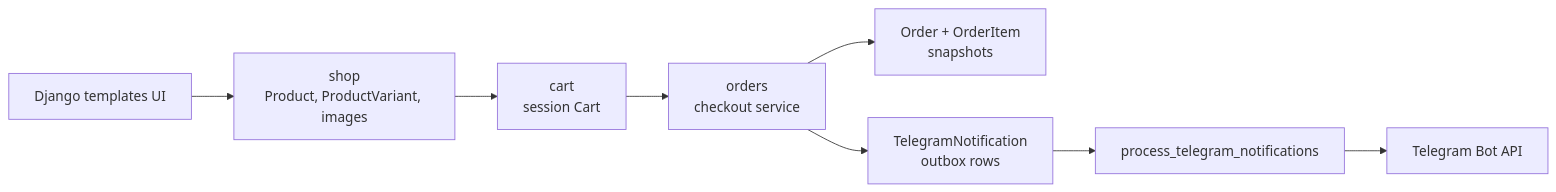
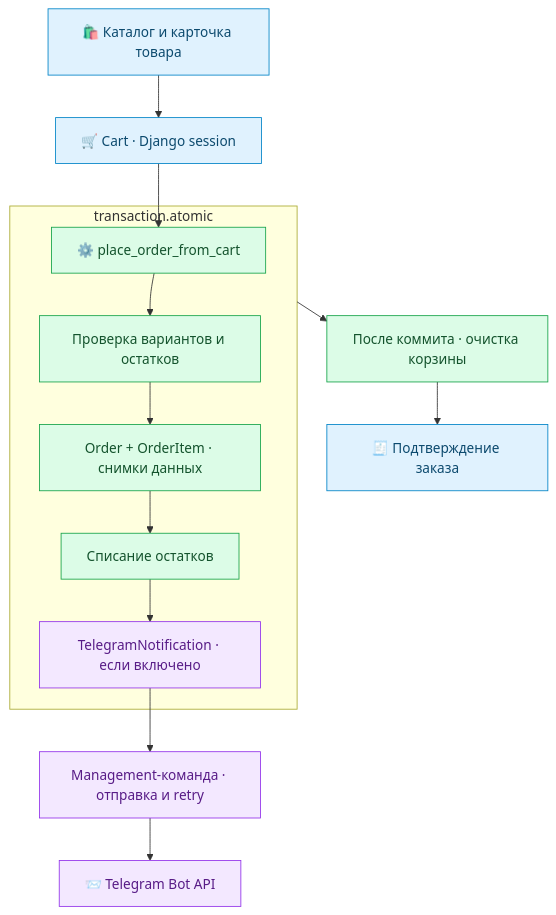
One commit to FrankHeels/carter changed the diagram in README.md. Above: the diagram before and after it, drawn with Mermaid. The commit also changed other lines of this file, not shown here.

````diff
--- a/README.md
+++ b/README.md
@@ -42,10 +113,24 @@
 ```mermaid
-flowchart LR
-    UI["Django templates UI"] --> Shop["shop\nProduct, ProductVariant, images"]
-    Shop --> Cart["cart\nsession Cart"]
-    Cart --> Checkout["orders\ncheckout service"]
-    Checkout --> Order["Order + OrderItem\nsnapshots"]
-    Checkout --> Outbox["TelegramNotification\noutbox rows"]
-    Outbox --> Command["process_telegram_notifications"]
-    Command --> Telegram["Telegram Bot API"]
+flowchart TD
+    UI["🛍️ Каталог и карточка товара"] --> Cart["🛒 Cart · Django session"]
+    Cart --> Checkout["⚙️ place_order_from_cart"]
+
+    subgraph TX["transaction.atomic"]
+        Checkout --> Stock["Проверка вариантов и остатков"]
+        Stock --> Order["Order + OrderItem · снимки данных"]
+        Order --> Update["Списание остатков"]
+        Update --> Outbox["TelegramNotification · если включено"]
+    end
+
+    TX --> Commit["После коммита · очистка корзины"]
+    Commit --> Receipt["🧾 Подтверждение заказа"]
+    Outbox --> Worker["Management-команда · отправка и retry"]
+    Worker --> Telegram["📨 Telegram Bot API"]
+
+    classDef storefront fill:#e0f2fe,stroke:#0284c7,color:#0c4a6e
+    classDef domain fill:#dcfce7,stroke:#16a34a,color:#14532d
+    classDef messaging fill:#f3e8ff,stroke:#9333ea,color:#581c87
+    class UI,Cart,Receipt storefront
+    class Checkout,Stock,Order,Update,Commit domain
+    class Outbox,Worker,Telegram messaging
 ```
````
